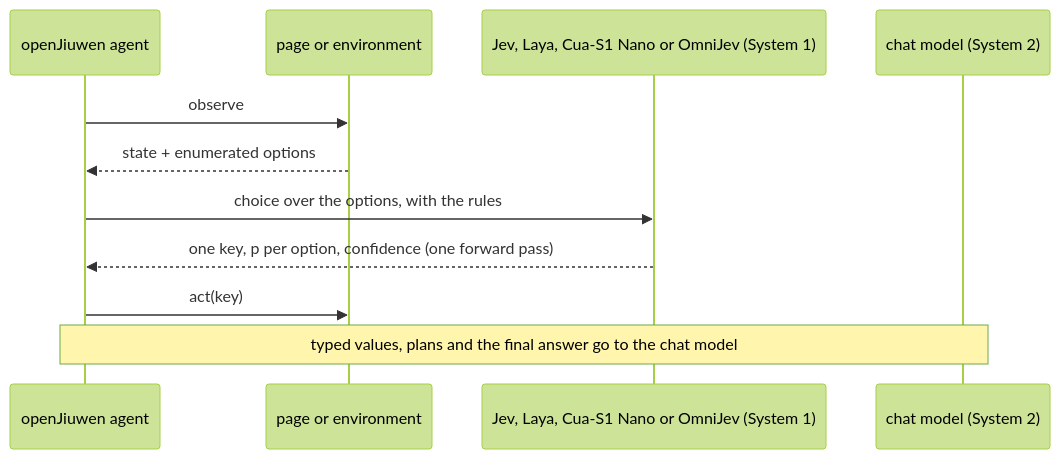
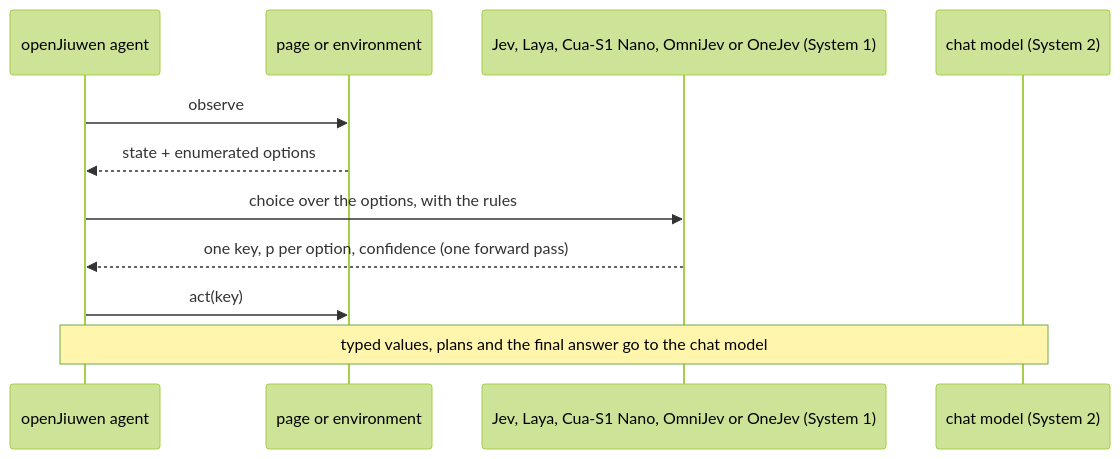
One commit to ThinkFlowLab/system1-agents changed the diagram in docs/architecture.md. Above: the diagram before and after it, drawn with Mermaid (forest theme). The commit also changed other lines of this file and 15 other files, not shown here.

First line of the commit message:
Add served OneJev multimodal decision backend (--model onejev)

````diff
--- a/docs/architecture.md
+++ b/docs/architecture.md
@@ -11,13 +11,13 @@
 ```mermaid
 sequenceDiagram
     participant A as openJiuwen agent
     participant E as page or environment
-    participant S1 as Jev, Laya, Cua-S1 Nano or OmniJev (System 1)
+    participant S1 as Jev, Laya, Cua-S1 Nano, OmniJev or OneJev (System 1)
     participant C as chat model (System 2)
     A->>E: observe
     E-->>A: state + enumerated options
     A->>S1: choice over the options, with the rules
     S1-->>A: one key, p per option, confidence (one forward pass)
     A->>E: act(key)
     Note over A,C: typed values, plans and the final answer go to the chat model
 ```
````
